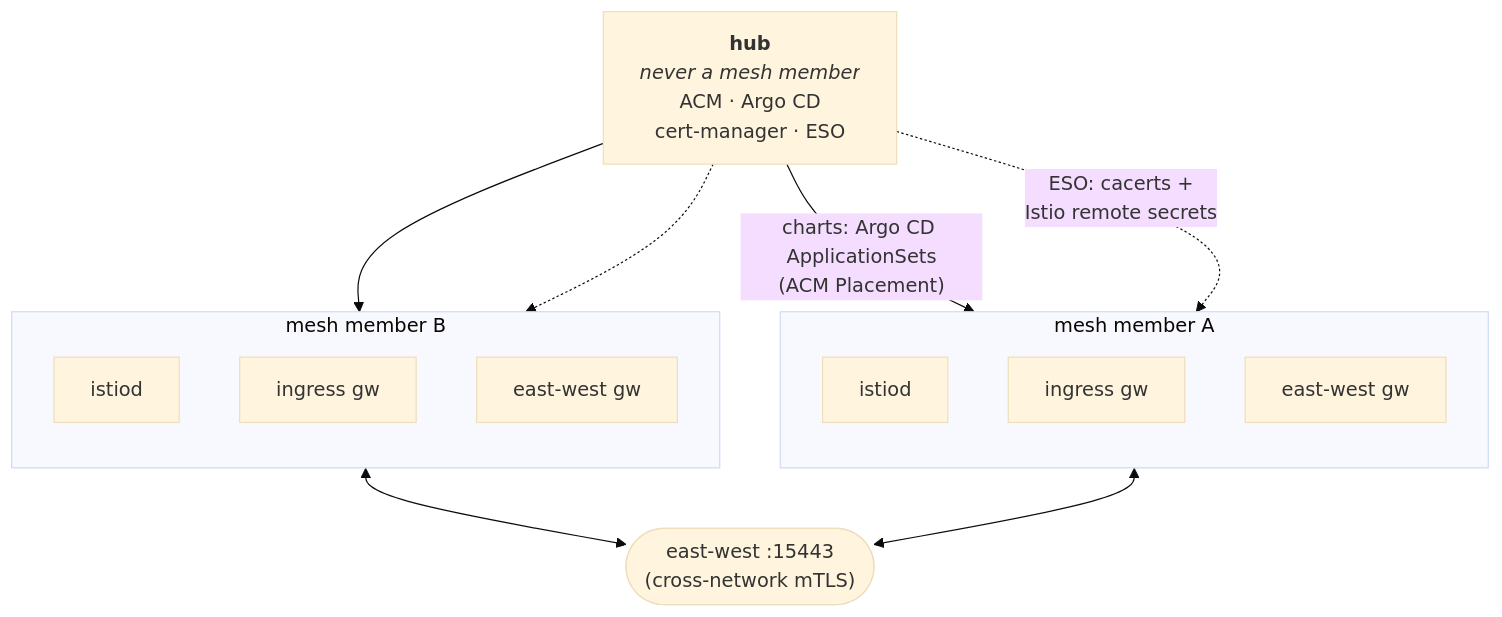
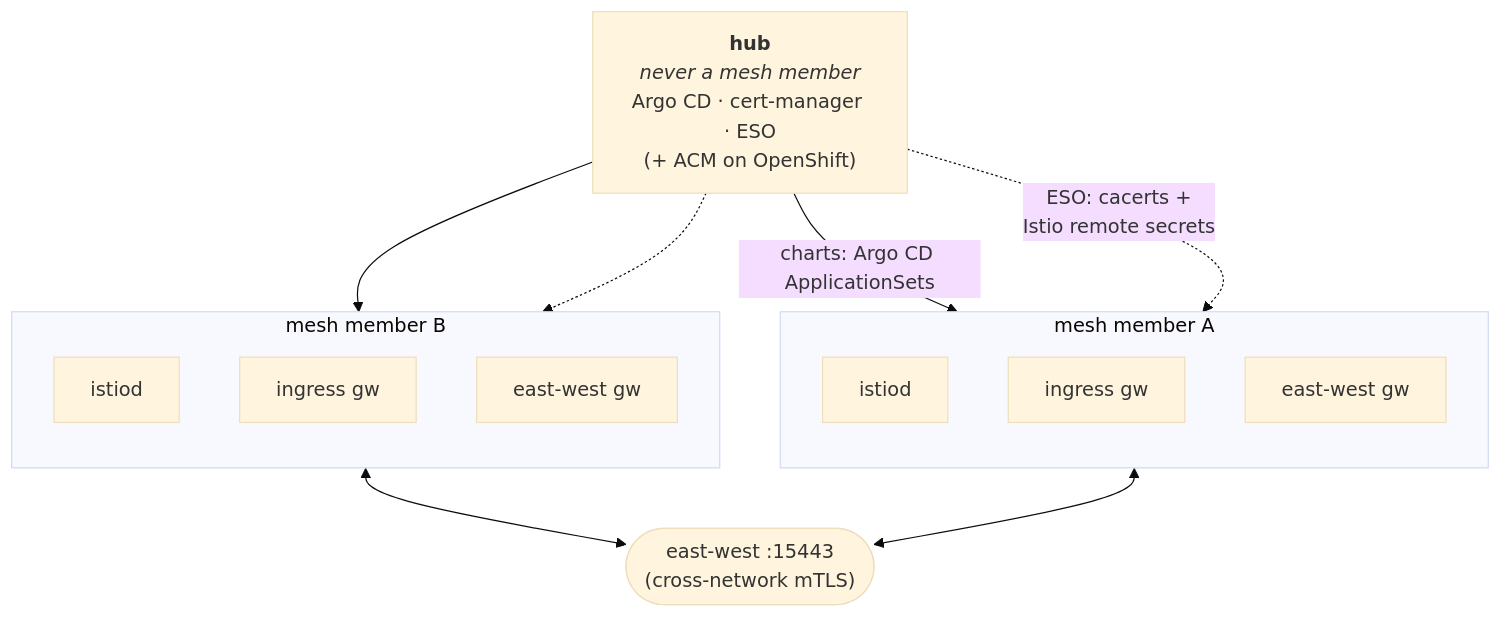
One commit to shpwrck/istio-scale-tests changed the diagram in README.md. Above: the diagram before and after it, drawn with Mermaid (base theme). The commit also changed other lines of this file and 6 other files, not shown here.

First line of the commit message:
docs: Kubernetes first, OpenShift as an optional profile

````diff
--- a/README.md
+++ b/README.md
@@ -8,27 +15,27 @@
 ```mermaid
 flowchart TB
-    hub["<b>hub</b><br/><i>never a mesh member</i><br/>ACM · Argo CD<br/>cert-manager · ESO"]
+    hub["<b>hub</b><br/><i>never a mesh member</i><br/>Argo CD · cert-manager · ESO<br/>(+ ACM on OpenShift)"]
 
     subgraph A["mesh member A"]
         direction TB
         istiodA["istiod"]
         ingA["ingress gw"]
         ewA["east-west gw"]
     end
 
     subgraph B["mesh member B"]
         direction TB
         istiodB["istiod"]
         ingB["ingress gw"]
         ewB["east-west gw"]
     end
 
     ew(["east-west :15443<br/>(cross-network mTLS)"])
 
-    hub -->|"charts: Argo CD ApplicationSets<br/>(ACM Placement)"| A
+    hub -->|"charts: Argo CD ApplicationSets"| A
     hub -.->|"ESO: cacerts +<br/>Istio remote secrets"| A
     hub --> B
     hub -.-> B
     ewA <--> ew
     ewB <--> ew
 ```
````
